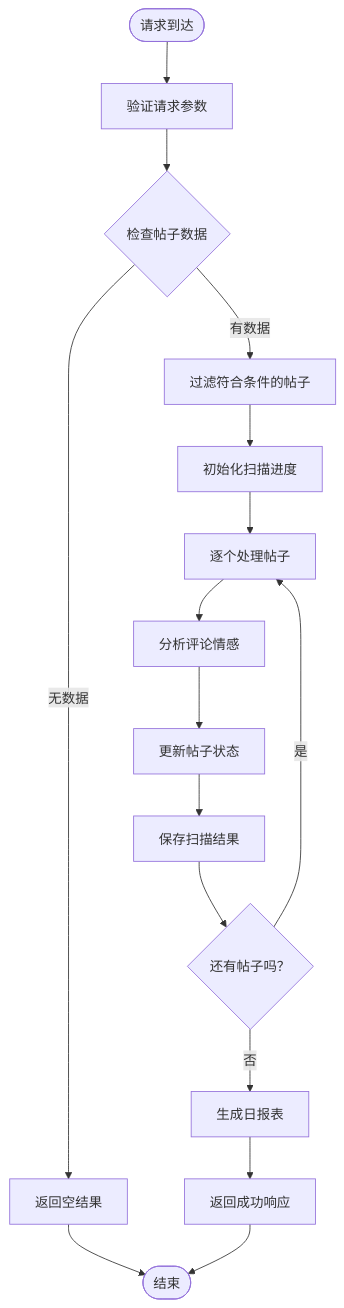
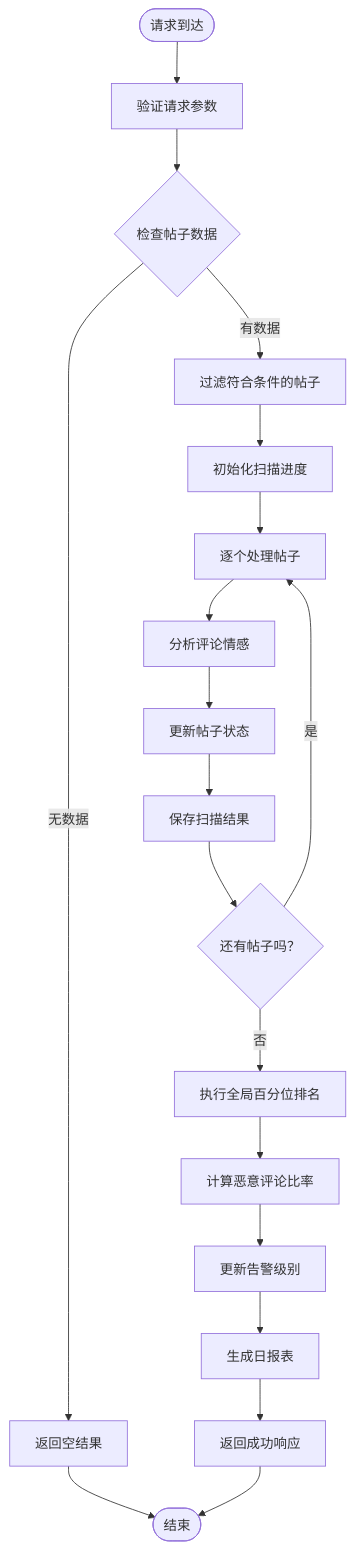
One commit to zezzezzez/reddit changed the fourth of 12 diagrams in .qoder/repowiki/zh/content/API 接口文档/扫描控制 API.md. Above: the diagram before and after it, drawn with Mermaid. The commit also changed other lines of this file and 21 other files, not shown here.

````diff
--- a/.qoder/repowiki/zh/content/API 接口文档/扫描控制 API.md
+++ b/.qoder/repowiki/zh/content/API 接口文档/扫描控制 API.md
@@ -130,18 +168,21 @@
 ```mermaid
 flowchart TD
 Start([请求到达]) --> ValidateParams["验证请求参数"]
 ValidateParams --> CheckPosts{"检查帖子数据"}
 CheckPosts --> |无数据| ReturnEmpty["返回空结果"]
 CheckPosts --> |有数据| FilterPosts["过滤符合条件的帖子"]
 FilterPosts --> InitProgress["初始化扫描进度"]
 InitProgress --> ProcessLoop["逐个处理帖子"]
 ProcessLoop --> AnalyzeComments["分析评论情感"]
 AnalyzeComments --> UpdatePost["更新帖子状态"]
 UpdatePost --> SaveData["保存扫描结果"]
 SaveData --> NextPost{"还有帖子吗？"}
 NextPost --> |是| ProcessLoop
-NextPost --> |否| GenerateReport["生成日报表"]
+NextPost --> |否| GlobalRanking["执行全局百分位排名"]
+GlobalRanking --> CalcRatios["计算恶意评论比率"]
+CalcRatios --> UpdateLevels["更新告警级别"]
+UpdateLevels --> GenerateReport["生成日报表"]
 GenerateReport --> ReturnSuccess["返回成功响应"]
 ReturnEmpty --> End([结束])
 ReturnSuccess --> End
 ```
````
